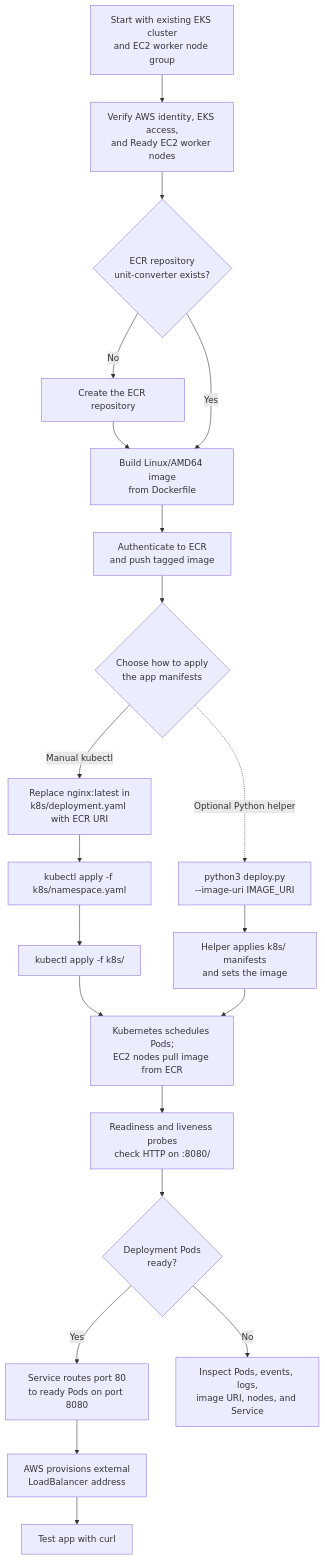
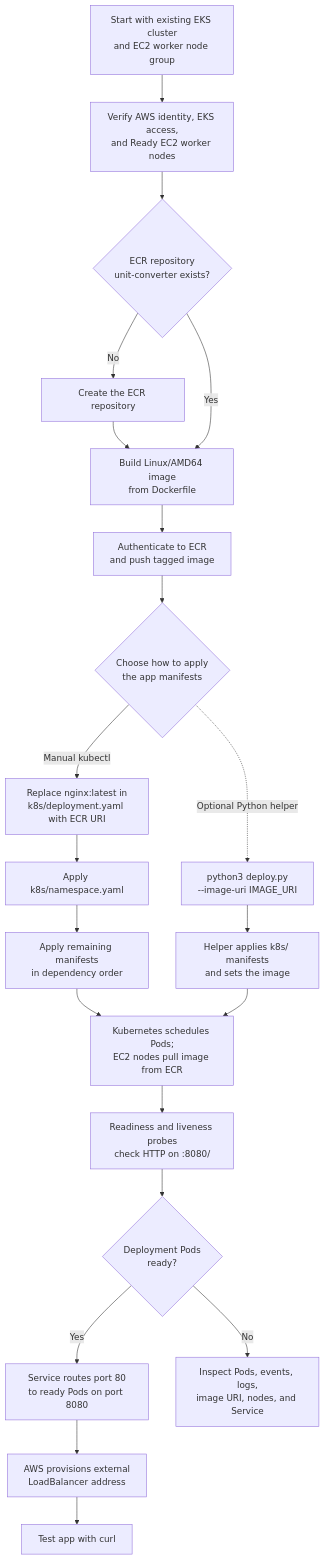
The diagram in document.md (vijay1912/unit-converter), drawn with Mermaid before and after one commit. The commit also changed other lines of this file, not shown here.

````diff
--- a/document.md
+++ b/document.md
@@ -107,31 +106,31 @@
 ```mermaid
 flowchart TD
     Start["Start with existing EKS cluster<br/>and EC2 worker node group"]
     Access["Verify AWS identity, EKS access,<br/>and Ready EC2 worker nodes"]
     Repo{"ECR repository<br/>unit-converter exists?"}
     CreateRepo["Create the ECR repository"]
     Build["Build Linux/AMD64 image<br/>from Dockerfile"]
     Push["Authenticate to ECR<br/>and push tagged image"]
     Path{"Choose how to apply<br/>the app manifests"}
     Replace["Replace nginx:latest in<br/>k8s/deployment.yaml with ECR URI"]
-    ApplyNS["kubectl apply -f k8s/namespace.yaml"]
-    ApplyFiles["kubectl apply -f k8s/"]
+    ApplyNS["Apply k8s/namespace.yaml"]
+    ApplyFiles["Apply remaining manifests<br/>in dependency order"]
     RunPython["python3 deploy.py<br/>--image-uri IMAGE_URI"]
     HelperWork["Helper applies k8s/ manifests<br/>and sets the image"]
     Schedule["Kubernetes schedules Pods;<br/>EC2 nodes pull image from ECR"]
     Health["Readiness and liveness probes<br/>check HTTP on :8080/"]
     Ready{"Deployment Pods<br/>ready?"}
     Service["Service routes port 80<br/>to ready Pods on port 8080"]
     LB["AWS provisions external<br/>LoadBalancer address"]
     Test["Test app with curl"]
     Diagnose["Inspect Pods, events, logs,<br/>image URI, nodes, and Service"]
     Start --> Access --> Repo
     Repo -->|"No"| CreateRepo --> Build
     Repo -->|"Yes"| Build
     Build --> Push --> Path
     Path -->|"Manual kubectl"| Replace --> ApplyNS --> ApplyFiles --> Schedule
     Path -.->|"Optional Python helper"| RunPython --> HelperWork --> Schedule
     Schedule --> Health --> Ready
     Ready -->|"Yes"| Service --> LB --> Test
     Ready -->|"No"| Diagnose
 ```
````
